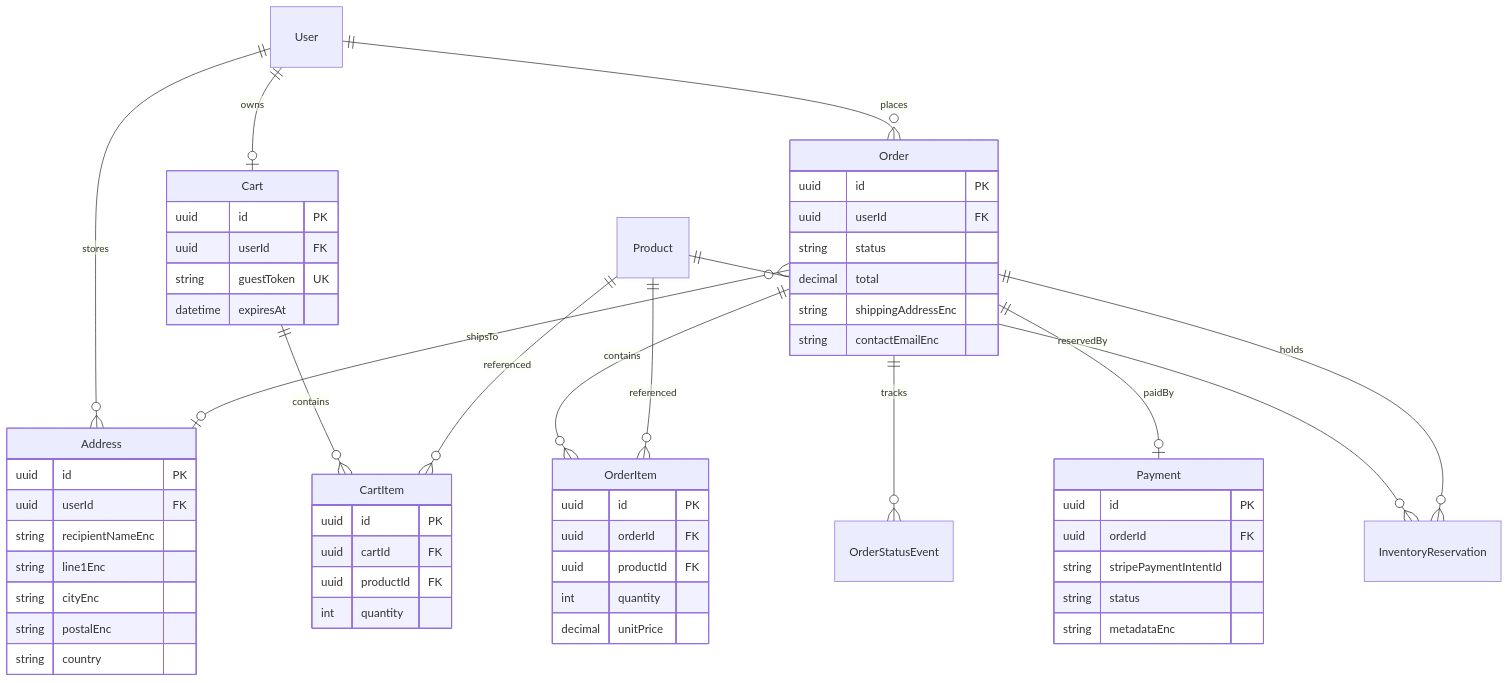
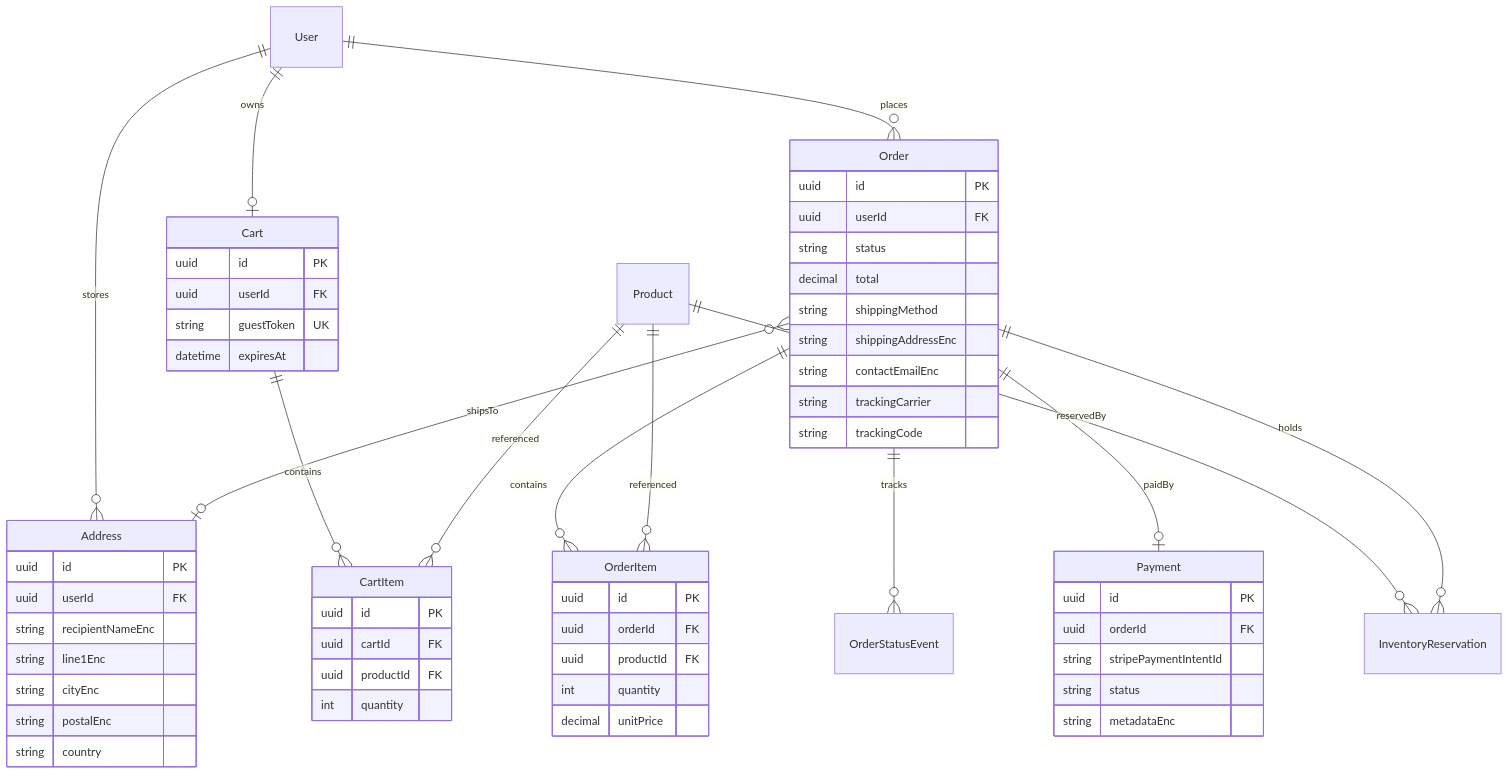
The second of 3 diagrams in docs/erd.md (AlluFI/webshop), drawn with Mermaid before and after one commit. The commit also changed other lines of this file and 96 other files, not shown here.

````diff
--- a/docs/erd.md
+++ b/docs/erd.md
@@ -105,59 +115,62 @@
 ```mermaid
 erDiagram
   User ||--o{ Address : stores
   User ||--o| Cart : owns
   Cart ||--o{ CartItem : contains
   Product ||--o{ CartItem : referenced
   User ||--o{ Order : places
   Order ||--o{ OrderItem : contains
   Order ||--o{ OrderStatusEvent : tracks
   Order ||--o| Payment : paidBy
   Order }o--o| Address : shipsTo
   Product ||--o{ OrderItem : referenced
   Product ||--o{ InventoryReservation : reservedBy
   Order ||--o{ InventoryReservation : holds
 
   Address {
     uuid id PK
     uuid userId FK
     string recipientNameEnc
     string line1Enc
     string cityEnc
     string postalEnc
     string country
   }
   Cart {
     uuid id PK
     uuid userId FK
     string guestToken UK
     datetime expiresAt
   }
   CartItem {
     uuid id PK
     uuid cartId FK
     uuid productId FK
     int quantity
   }
   Order {
     uuid id PK
     uuid userId FK
     string status
     decimal total
+    string shippingMethod
     string shippingAddressEnc
     string contactEmailEnc
+    string trackingCarrier
+    string trackingCode
   }
   OrderItem {
     uuid id PK
     uuid orderId FK
     uuid productId FK
     int quantity
     decimal unitPrice
   }
   Payment {
     uuid id PK
     uuid orderId FK
     string stripePaymentIntentId
     string status
     string metadataEnc
   }
 ```
````
